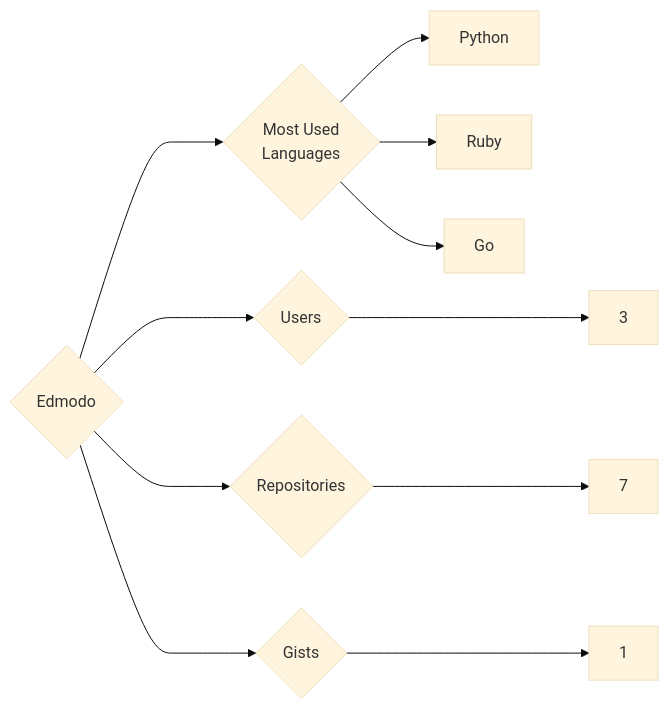
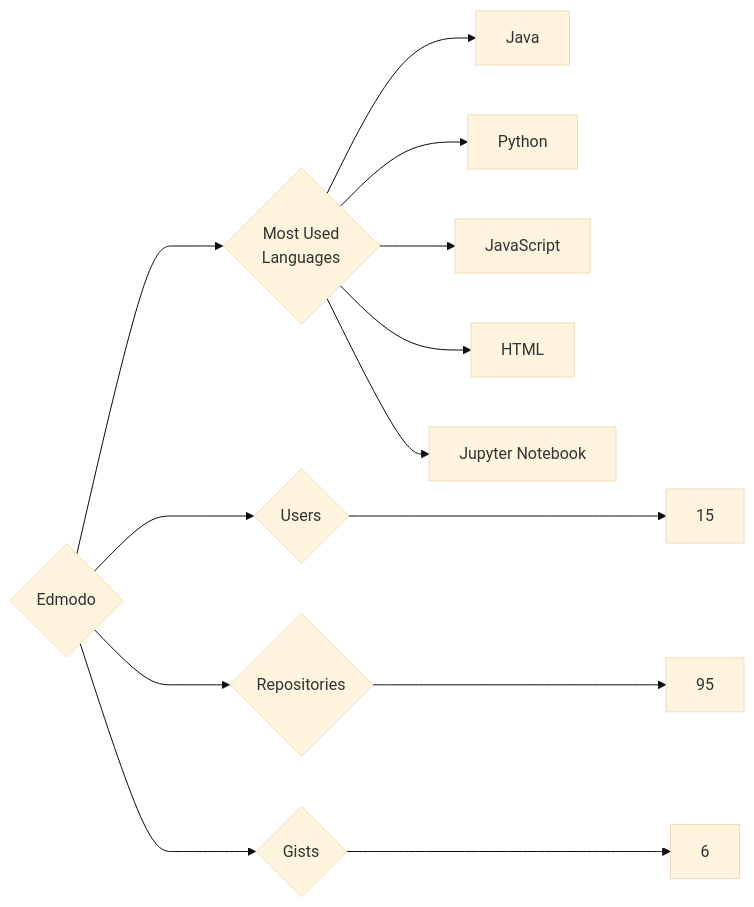
Before and after one commit to trickest/insiders: the diagram in targets/Edmodo/README.md, drawn with Mermaid (base theme). The commit also changed 984 other files, not shown here.

````diff
--- a/targets/Edmodo/README.md
+++ b/targets/Edmodo/README.md
@@ -3,11 +3,13 @@
 ```mermaid
 graph LR
 COMPANY_NAME{Edmodo}
-COMPANY_NAME ---> U{Users} ---> UN[3]
-COMPANY_NAME ---> R{Repositories} ---> RN[7]
-COMPANY_NAME ---> G{Gists} ---> GN[1]
+COMPANY_NAME ---> U{Users} ---> UN[15]
+COMPANY_NAME ---> R{Repositories} ---> RN[95]
+COMPANY_NAME ---> G{Gists} ---> GN[6]
 COMPANY_NAME ---> ML{Most Used<br>Languages}
-ML --> Python
-ML --> Ruby
-ML --> Go
+ML --> Java[Java]
+ML --> Python[Python]
+ML --> JavaScript[JavaScript]
+ML --> HTML[HTML]
+ML --> Jupyter_Notebook[Jupyter Notebook]
 ```
````
